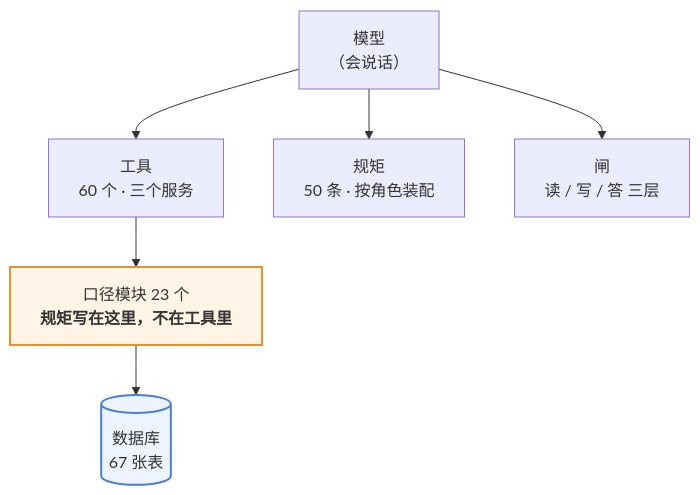
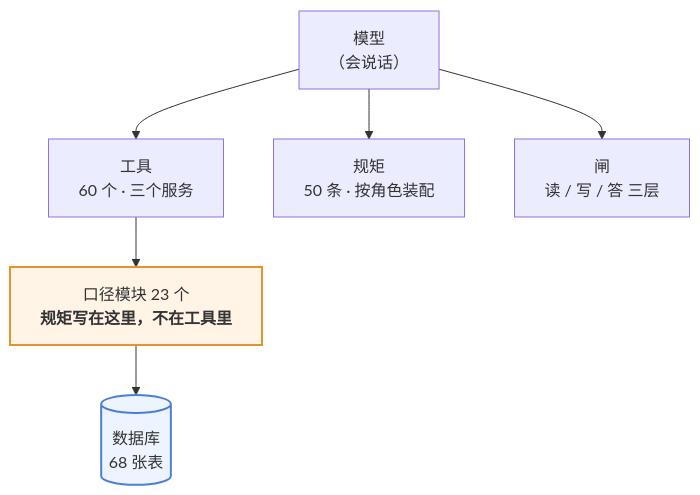
One commit to 843773296-rgb/lanxiu-yunshang-agent changed the first of 3 diagrams in 澜绣云裳agent-产品说明.md. Above: the diagram before and after it, drawn with Mermaid. The commit also changed other lines of this file and 5 other files, not shown here.

````diff
--- a/澜绣云裳agent-产品说明.md
+++ b/澜绣云裳agent-产品说明.md
@@ -62,12 +62,12 @@
 ```mermaid
 flowchart TD
     M["模型<br/>（会说话）"]
     M --> T["工具<br/>60 个 · 三个服务"]
     M --> R["规矩<br/>50 条 · 按角色装配"]
     M --> G["闸<br/>读 / 写 / 答 三层"]
     T --> K["口径模块 23 个<br/><b>规矩写在这里，不在工具里</b>"]
-    K --> DB[("数据库<br/>67 张表")]
+    K --> DB[("数据库<br/>68 张表")]
 
     style K fill:#fff4e6,stroke:#e8912d,stroke-width:2px
     style DB fill:#eef4ff,stroke:#4a7fd4,stroke-width:2px
 ```
````
